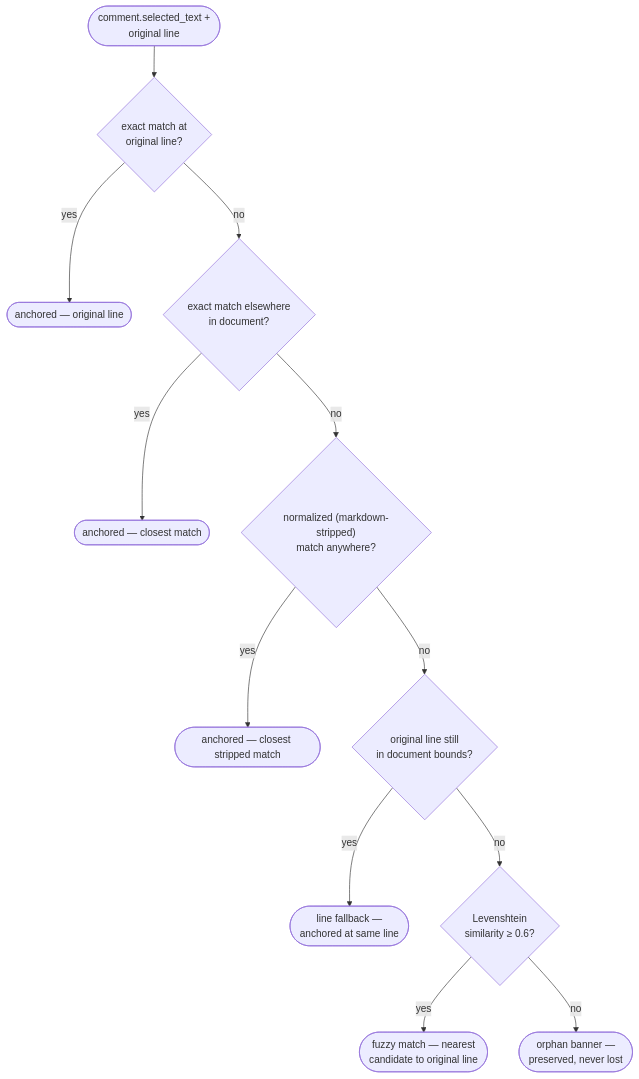
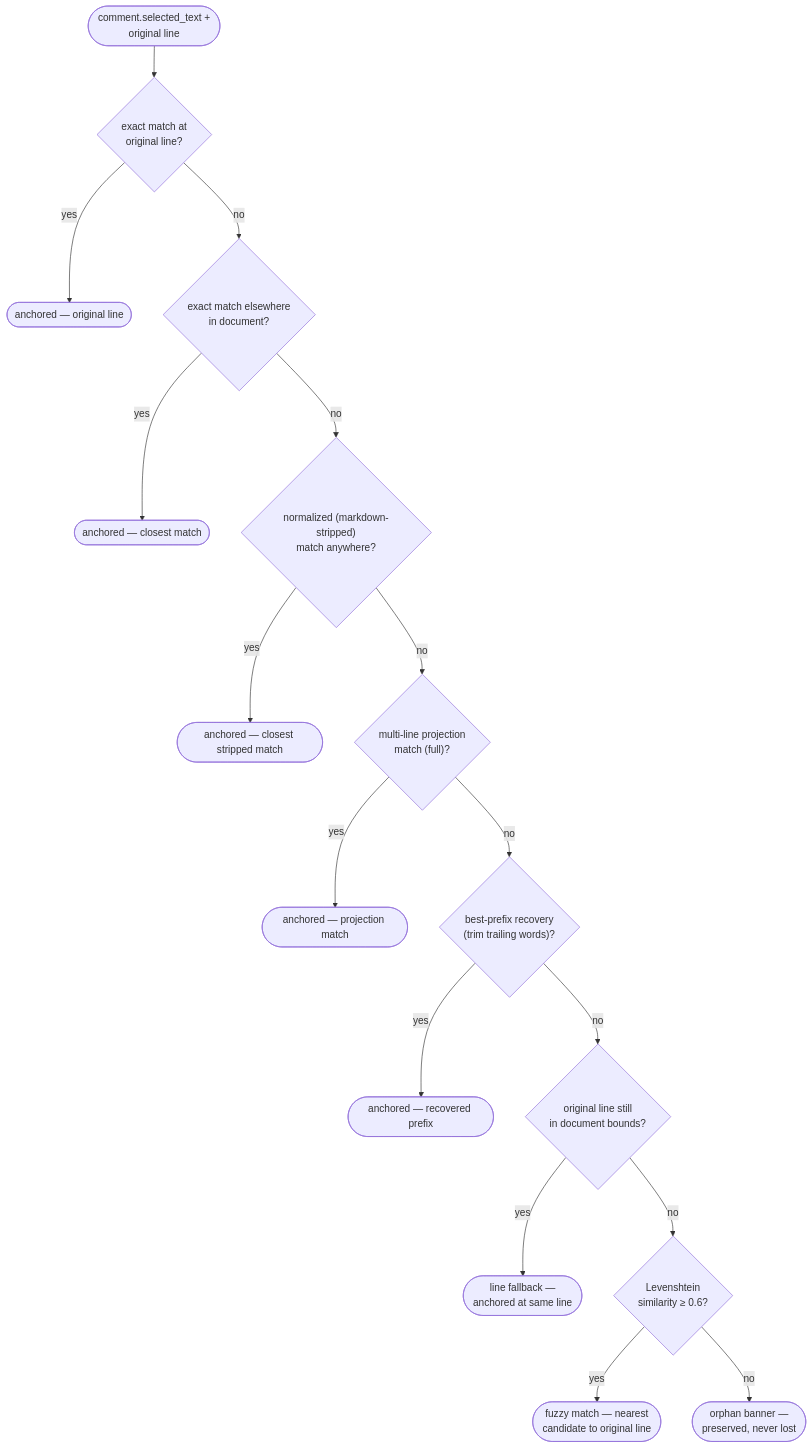
The third of 3 diagrams in docs/architecture.md (dryotta/mDown-reView), drawn with Mermaid before and after one commit. The commit also changed other lines of this file and 13 other files, not shown here.

````diff
--- a/docs/architecture.md
+++ b/docs/architecture.md
@@ -172,14 +173,18 @@
 ```mermaid
 flowchart TD
     Start(["comment.selected_text +<br/>original line"]) --> S1{"exact match at<br/>original line?"}
     S1 -- "yes" --> A1(["anchored — original line"])
     S1 -- "no" --> S1b{"exact match elsewhere<br/>in document?"}
     S1b -- "yes" --> A2(["anchored — closest match"])
     S1b -- "no" --> S1c{"normalized (markdown-stripped)<br/>match anywhere?"}
     S1c -- "yes" --> A2b(["anchored — closest stripped match"])
-    S1c -- "no" --> S2{"original line still<br/>in document bounds?"}
+    S1c -- "no" --> S1d{"multi-line projection<br/>match (full)?"}
+    S1d -- "yes" --> A2c(["anchored — projection match"])
+    S1d -- "no" --> S1e{"best-prefix recovery<br/>(trim trailing words)?"}
+    S1e -- "yes" --> A2d(["anchored — recovered prefix"])
+    S1e -- "no" --> S2{"original line still<br/>in document bounds?"}
     S2 -- "yes" --> A3(["line fallback —<br/>anchored at same line"])
     S2 -- "no" --> S3{"Levenshtein<br/>similarity ≥ 0.6?"}
     S3 -- "yes" --> A4(["fuzzy match — nearest<br/>candidate to original line"])
     S3 -- "no" --> Orphan(["orphan banner —<br/>preserved, never lost"])
 ```
````
